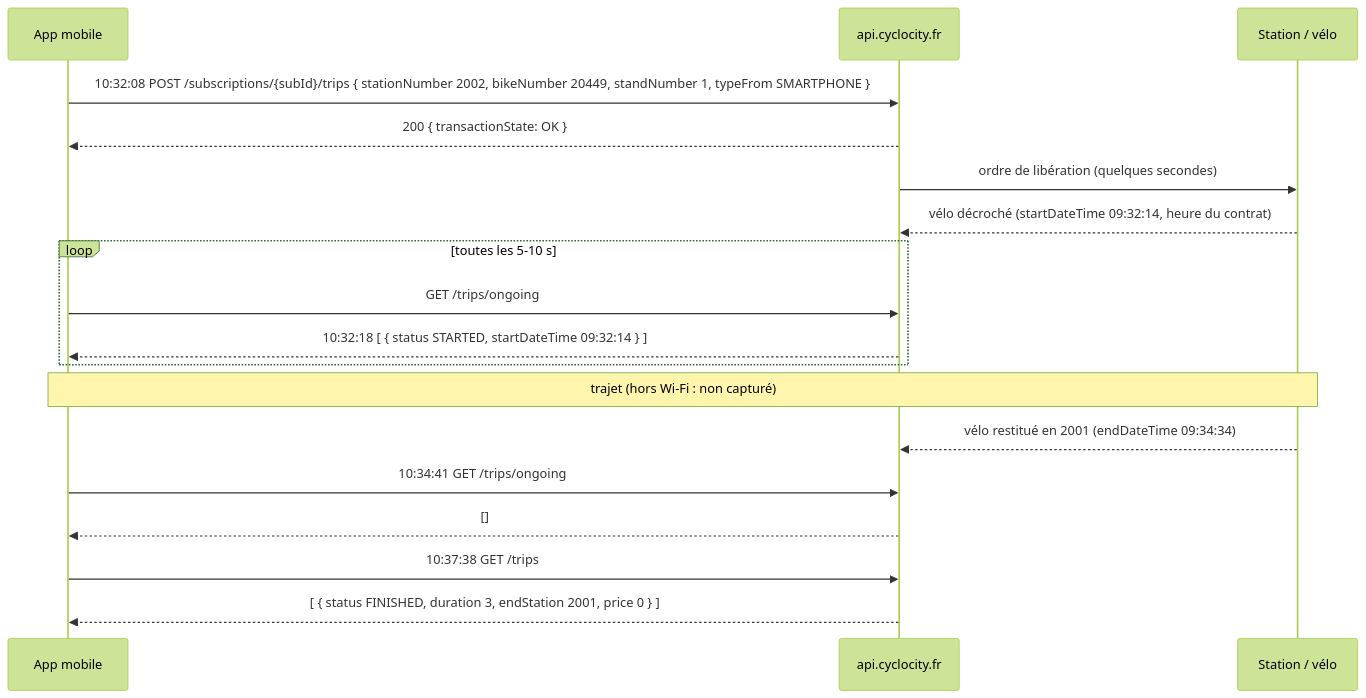
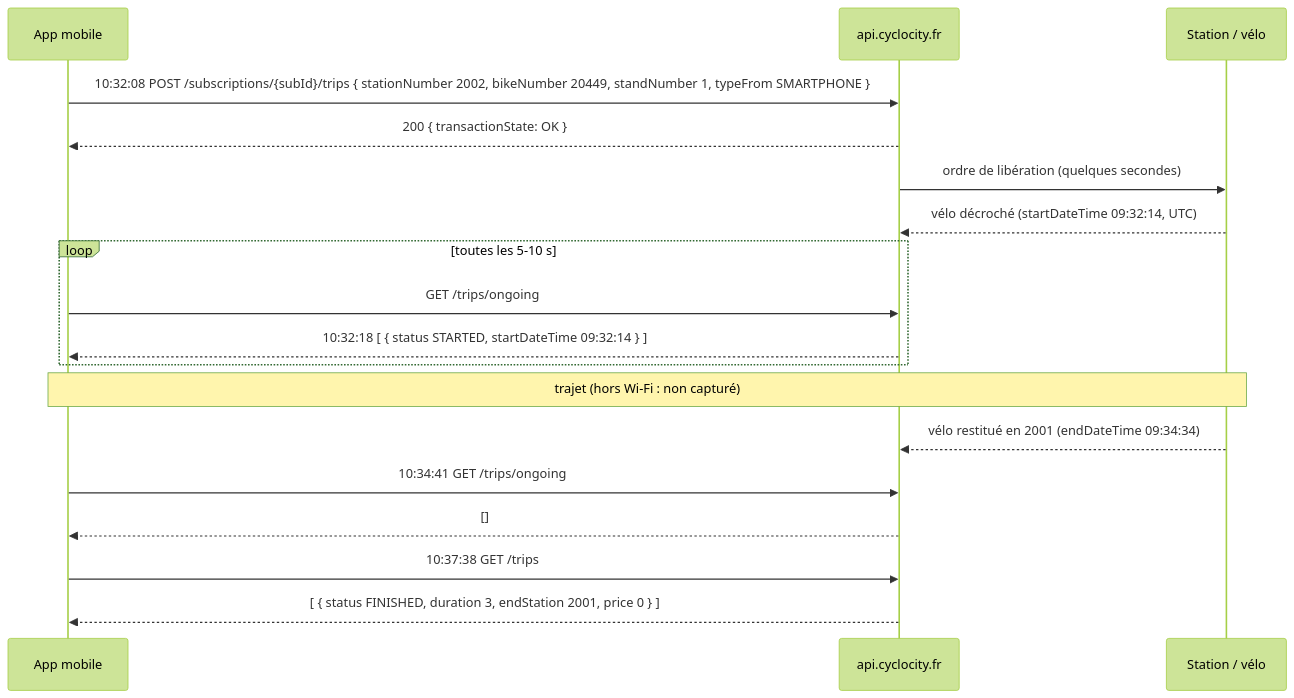
The fourth of 4 diagrams in README.md (yannlombard/cyclocity-api-doc), drawn with Mermaid (forest theme) before and after one commit. The commit also changed other lines of this file and 1 other file, not shown here.

First line of the commit message:
Dire que les dates de l'API sont en UTC, pas en heure de Paris

````diff
--- a/README.md
+++ b/README.md
@@ -2093,20 +2093,20 @@
 ```mermaid
 sequenceDiagram
     participant App as App mobile
     participant API as api.cyclocity.fr
     participant Borne as Station / vélo
     App->>API: 10:32:08 POST /subscriptions/{subId}/trips { stationNumber 2002, bikeNumber 20449, standNumber 1, typeFrom SMARTPHONE }
     API-->>App: 200 { transactionState: OK }
     API->>Borne: ordre de libération (quelques secondes)
-    Borne-->>API: vélo décroché (startDateTime 09:32:14, heure du contrat)
+    Borne-->>API: vélo décroché (startDateTime 09:32:14, UTC)
     loop toutes les 5-10 s
         App->>API: GET /trips/ongoing
         API-->>App: 10:32:18 [ { status STARTED, startDateTime 09:32:14 } ]
     end
     Note over App,Borne: trajet (hors Wi-Fi : non capturé)
     Borne-->>API: vélo restitué en 2001 (endDateTime 09:34:34)
     App->>API: 10:34:41 GET /trips/ongoing
     API-->>App: []
     App->>API: 10:37:38 GET /trips
     API-->>App: [ { status FINISHED, duration 3, endStation 2001, price 0 } ]
 ```
````
